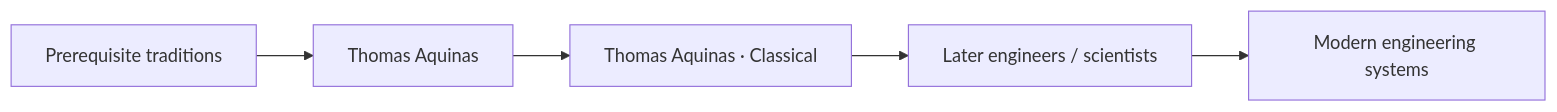
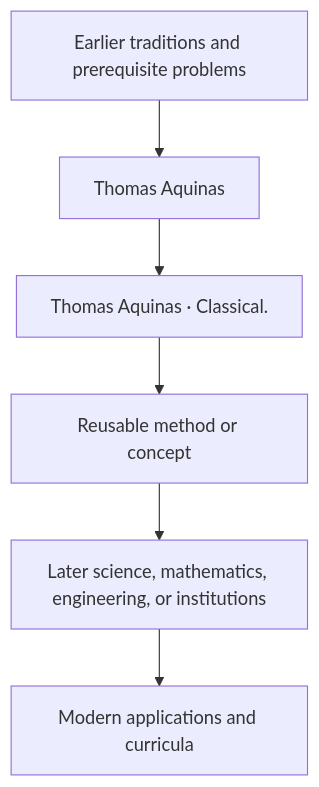
One commit to via-decide/ViaLogic changed the diagram in docs/history/thomas-aquinas/influence.md. Above: the diagram before and after it, drawn with Mermaid. The commit also changed other lines of this file and 858 other files, not shown here.

````diff
--- a/docs/history/thomas-aquinas/influence.md
+++ b/docs/history/thomas-aquinas/influence.md
@@ -29,7 +16,8 @@
 ```mermaid
-graph LR
-  prerequisites["Prerequisite traditions"] --> current["Thomas Aquinas"]
-  current --> contribution["Thomas Aquinas · Classical"]
-  contribution --> successors["Later engineers / scientists"]
-  successors --> modern["Modern engineering systems"]
+graph TD
+  Prior[Earlier traditions and prerequisite problems] --> Person[Thomas Aquinas]
+  Person --> Contribution[Thomas Aquinas · Classical.]
+  Contribution --> Method[Reusable method or concept]
+  Method --> Later[Later science, mathematics, engineering, or institutions]
+  Later --> Modern[Modern applications and curricula]
 ```
````
